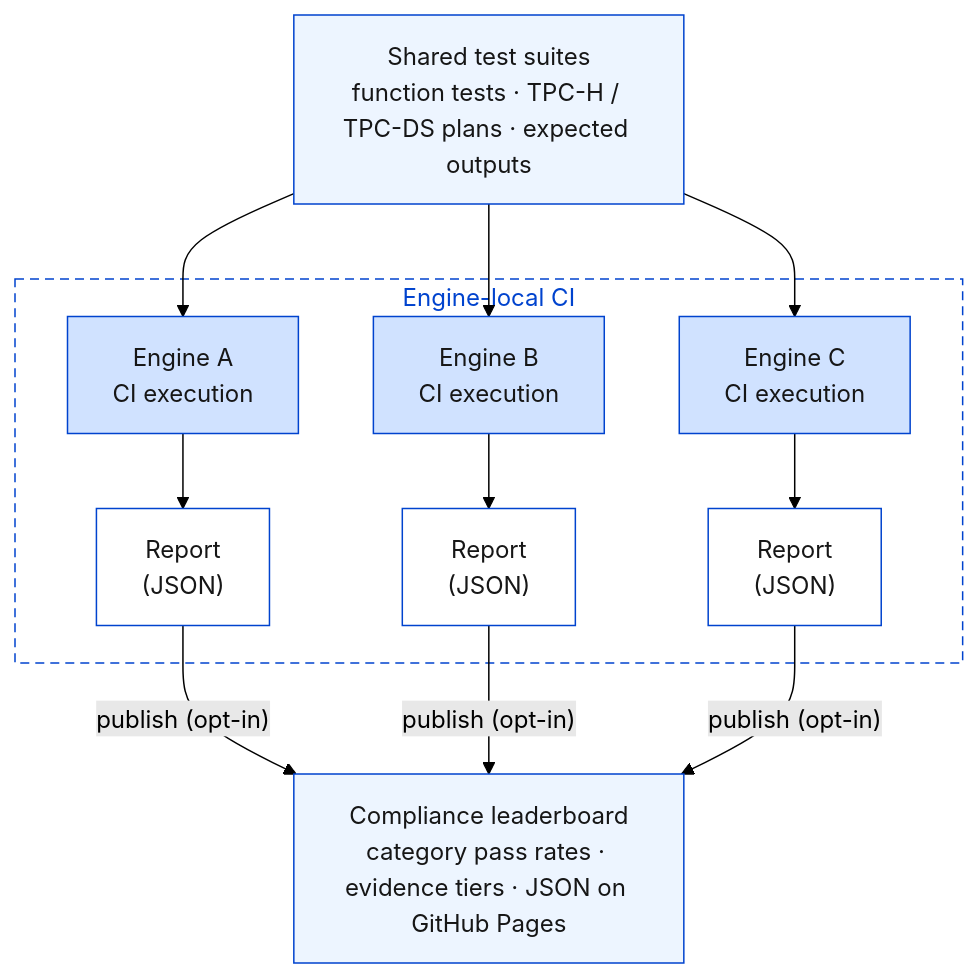
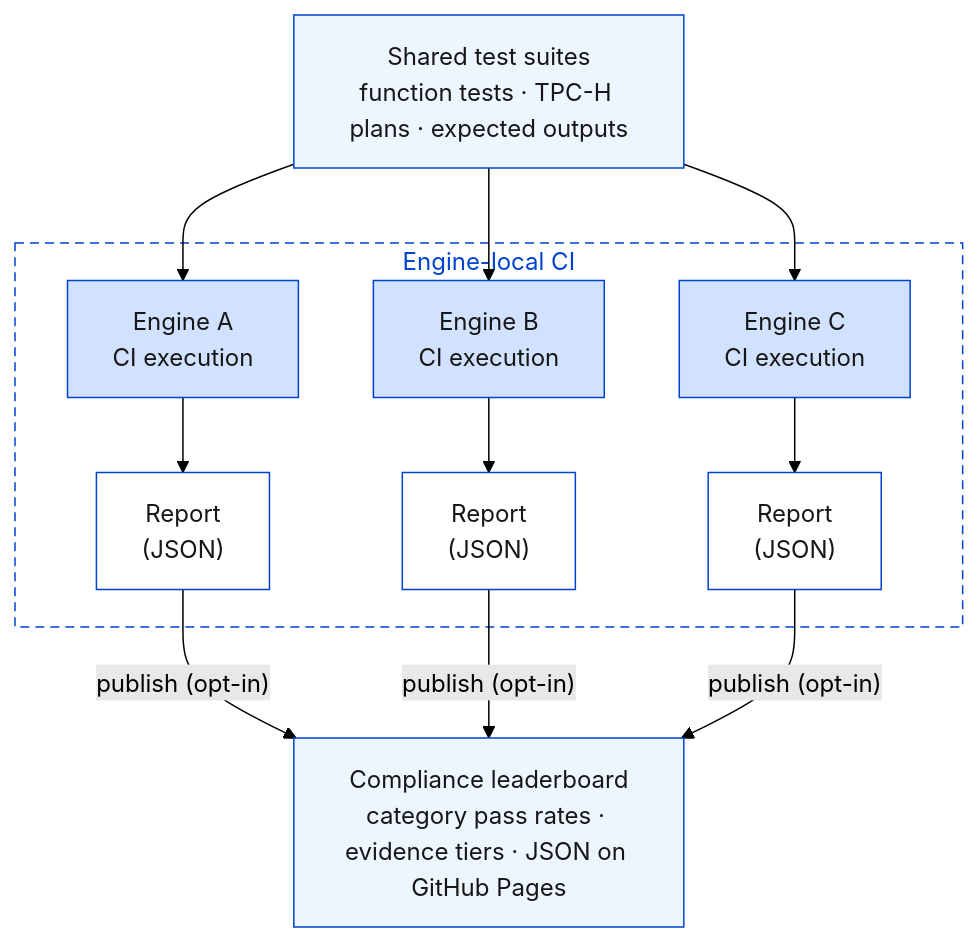
The first of 2 diagrams in docs/INTRODUCTION.md (IBM/substrait-compliance), drawn with Mermaid (forest theme) before and after one commit. The commit also changed other lines of this file and 461 other files, not shown here.

````diff
--- a/docs/INTRODUCTION.md
+++ b/docs/INTRODUCTION.md
@@ -29,35 +29,35 @@
 ```mermaid
 flowchart TD
-    STS["Shared test suites<br/>function tests · TPC-H / TPC-DS plans · expected outputs"]
+    STS["Shared test suites<br/>function tests · TPC-H plans · expected outputs"]
 
     subgraph LOCAL["Engine-local CI"]
         EA["Engine A<br/>CI execution"]
         EB["Engine B<br/>CI execution"]
         EC["Engine C<br/>CI execution"]
         RA["Report<br/>(JSON)"]
         RB["Report<br/>(JSON)"]
         RC["Report<br/>(JSON)"]
         EA --> RA
         EB --> RB
         EC --> RC
     end
 
     LB["Compliance leaderboard<br/>category pass rates · evidence tiers · JSON on GitHub Pages"]
 
     STS --> EA
     STS --> EB
     STS --> EC
     RA -->|"publish (opt-in)"| LB
     RB -->|"publish (opt-in)"| LB
     RC -->|"publish (opt-in)"| LB
 
     style STS fill:#edf5ff,stroke:#0043ce,color:#161616
     style LOCAL fill:#ffffff,stroke:#0043ce,stroke-dasharray:6 4,color:#0043ce
     style EA fill:#d0e2ff,stroke:#0043ce,color:#161616
     style EB fill:#d0e2ff,stroke:#0043ce,color:#161616
     style EC fill:#d0e2ff,stroke:#0043ce,color:#161616
     style RA fill:#ffffff,stroke:#0043ce,color:#161616
     style RB fill:#ffffff,stroke:#0043ce,color:#161616
     style RC fill:#ffffff,stroke:#0043ce,color:#161616
     style LB fill:#edf5ff,stroke:#0043ce,color:#161616
 ```
````
